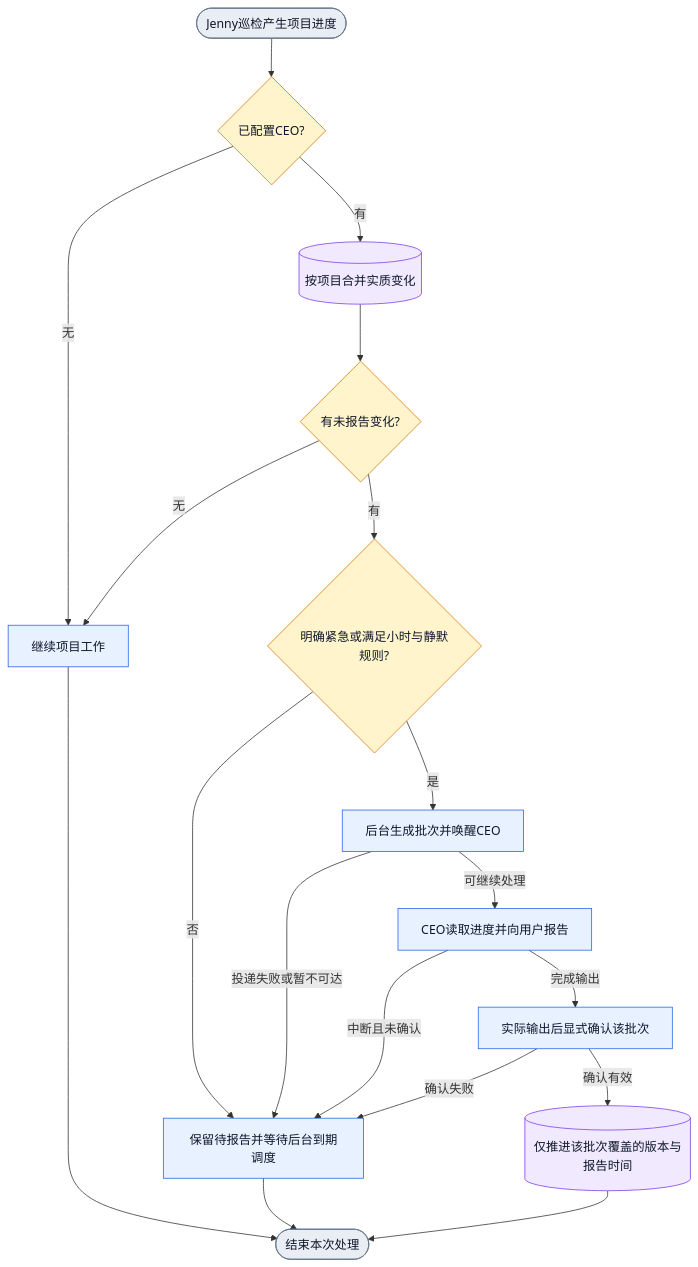
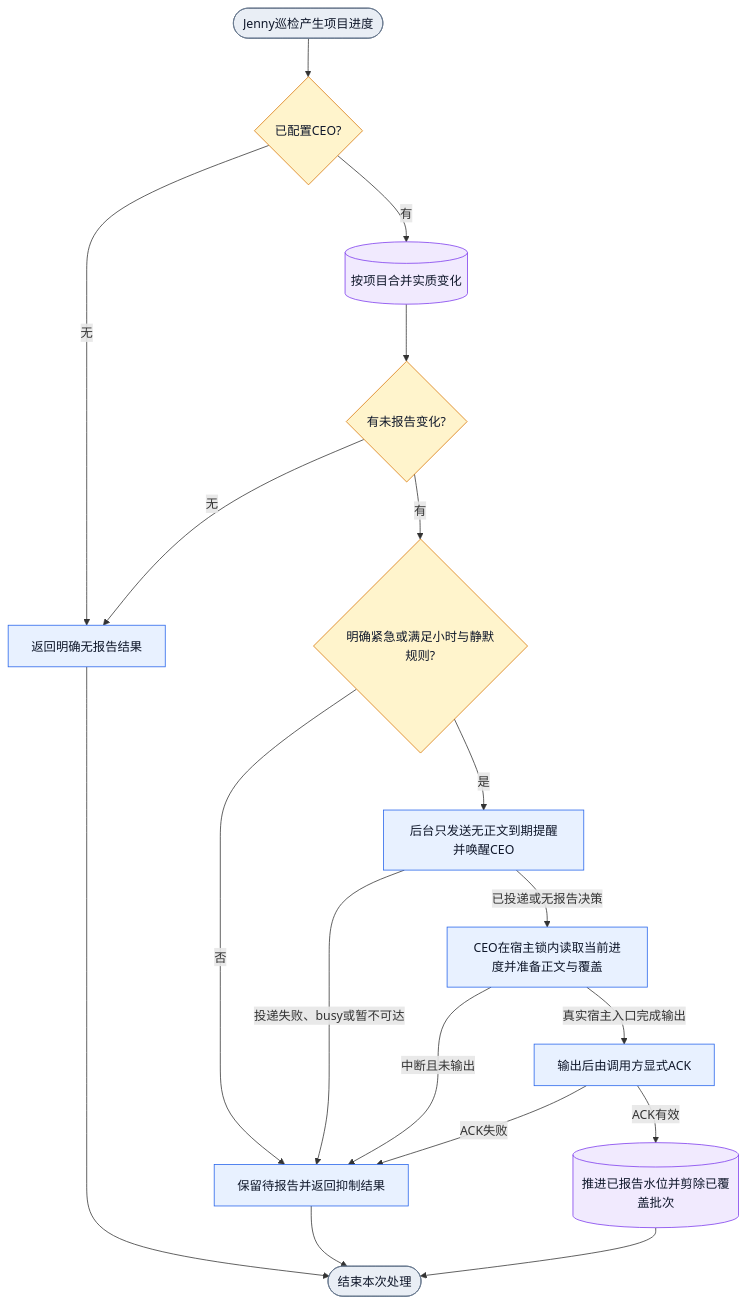
The third of 3 diagrams in docs/design/collab-board-patrol-ceo-reporting.md (Jasonzhangf/appsdk), drawn with Mermaid before and after one commit. The commit also changed other lines of this file and 2 other files, not shown here.

````diff
--- a/docs/design/collab-board-patrol-ceo-reporting.md
+++ b/docs/design/collab-board-patrol-ceo-reporting.md
@@ -140,24 +148,24 @@
 ```mermaid
 flowchart TD
  S([Jenny巡检产生项目进度]):::boundary --> A{已配置CEO?}:::decision
- A -->|无| L[继续项目工作]:::action
+ A -->|无| L[返回明确无报告结果]:::action
  A -->|有| B[(按项目合并实质变化)]:::data
  B --> C{有未报告变化?}:::decision
  C -->|无| L
  C -->|有| D{明确紧急或满足小时与静默规则?}:::decision
- D -->|否| P[保留待报告并等待后台到期调度]:::action
- D -->|是| W[后台生成批次并唤醒CEO]:::action
- W -->|可继续处理| U[CEO读取进度并向用户报告]:::action
- W -->|投递失败或暂不可达| P
- U -->|完成输出| R[实际输出后显式确认该批次]:::action
- U -->|中断且未确认| P
- R -->|确认有效| V[(仅推进该批次覆盖的版本与报告时间)]:::data
- R -->|确认失败| P
+ D -->|否| P[保留待报告并返回抑制结果]:::action
+ D -->|是| W[后台只发送无正文到期提醒并唤醒CEO]:::action
+ W -->|已投递或无报告决策| U[CEO在宿主锁内读取当前进度并准备正文与覆盖]:::action
+ W -->|投递失败、busy或暂不可达| P
+ U -->|真实宿主入口完成输出| R[输出后由调用方显式ACK]:::action
+ U -->|中断且未输出| P
+ R -->|ACK有效| V[(推进已报告水位并剪除已覆盖批次)]:::data
+ R -->|ACK失败| P
  L --> E([结束本次处理]):::boundary
  P --> E
  V --> E
  classDef boundary fill:#E9EEF5,stroke:#64748B,color:#0F172A
  classDef action fill:#E8F1FF,stroke:#2563EB,color:#0F172A
  classDef decision fill:#FFF4CC,stroke:#D97706,color:#0F172A
  classDef data fill:#F1EAFE,stroke:#7C3AED,color:#0F172A
 ```
````
